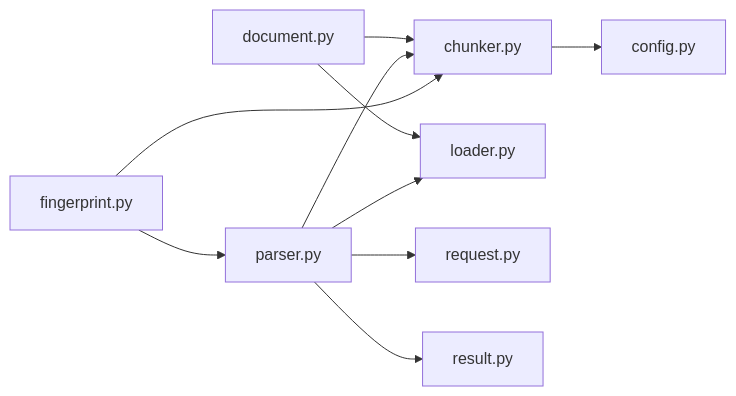
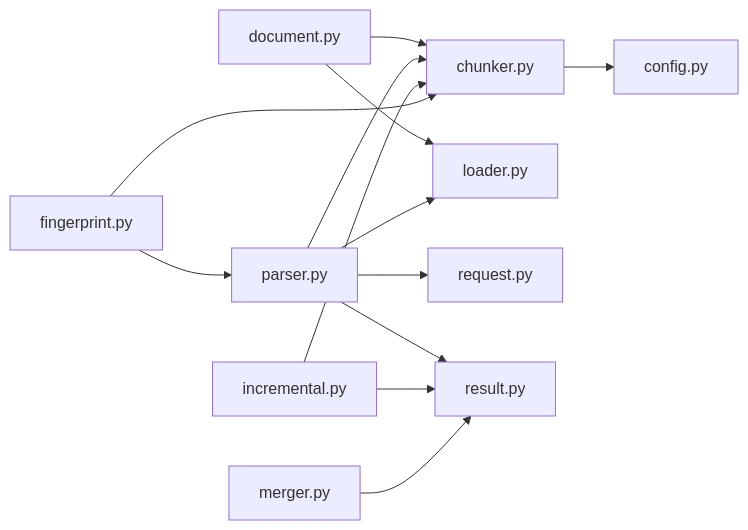
One commit to wowzhangji/doc_ai_parser changed the eighth of 8 diagrams in .qoder/repowiki/zh/content/数据模型设计/文档模型.md. Above: the diagram before and after it, drawn with Mermaid. The commit also changed other lines of this file and 25 other files, not shown here.

````diff
--- a/.qoder/repowiki/zh/content/数据模型设计/文档模型.md
+++ b/.qoder/repowiki/zh/content/数据模型设计/文档模型.md
@@ -387,12 +432,15 @@
 ```mermaid
 graph LR
 DOC["document.py"] --> CHUNK["chunker.py"]
 DOC --> LOADER["loader.py"]
 CHUNK --> CONFIG["config.py"]
 PARSER["parser.py"] --> CHUNK
 PARSER --> LOADER
 PARSER --> REQ["request.py"]
 PARSER --> RES["result.py"]
+INC["incremental.py"] --> CHUNK
+INC --> RES
+MER["merger.py"] --> RES
 FP["fingerprint.py"] --> PARSER
 FP --> CHUNK
 ```
````
